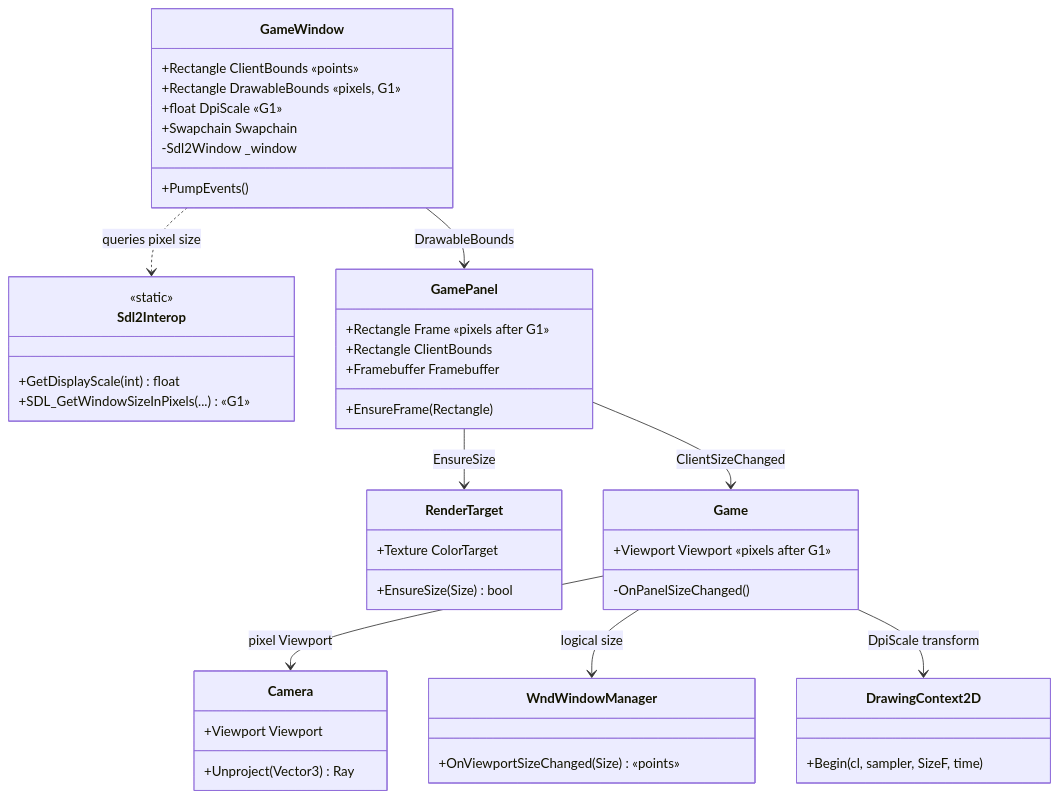
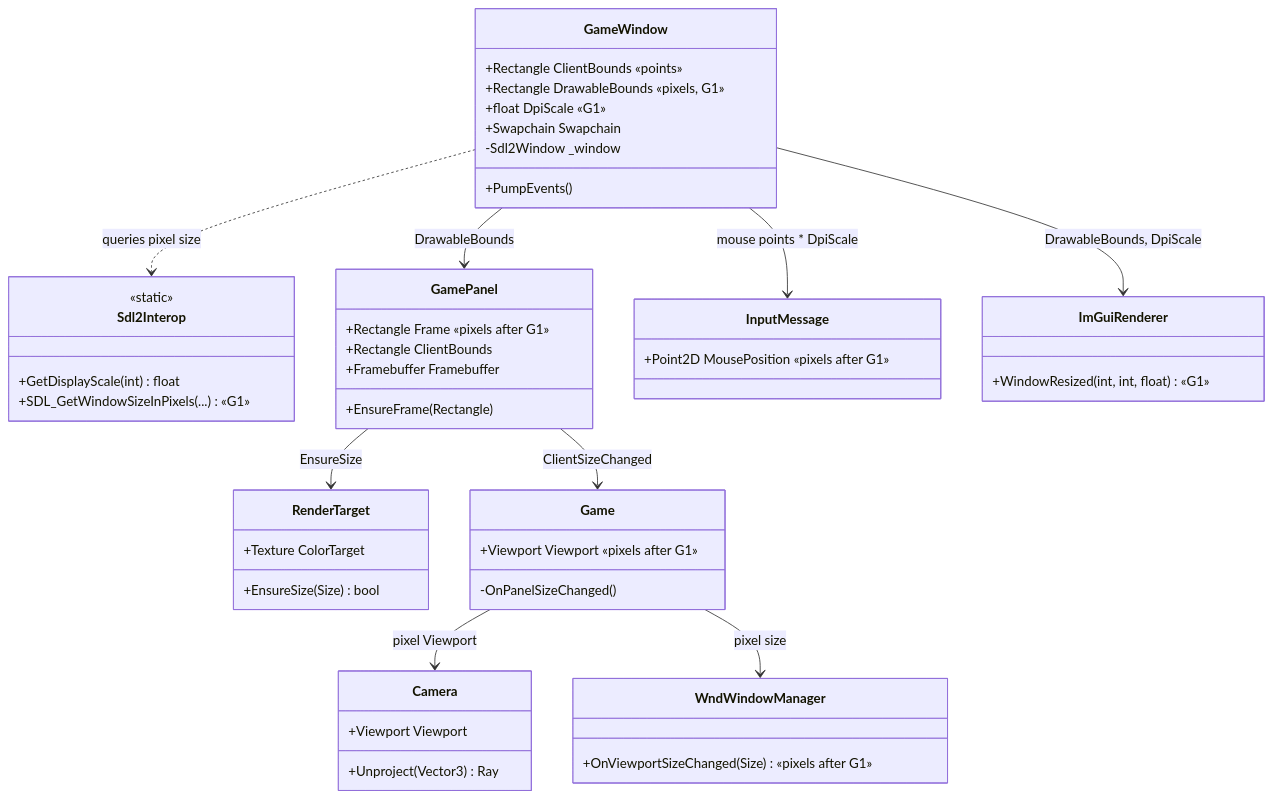
The first of 2 diagrams in docs/roadmap/deep-dives/g1-high-dpi-resolution.md (rmessinger/Panopticon), drawn with Mermaid before and after one commit. The commit also changed other lines of this file and 8 other files, not shown here.

Commit message:
feat(input): WI-G1-04 convert mouse input to pixels at the window boundary

````diff
--- a/docs/roadmap/deep-dives/g1-high-dpi-resolution.md
+++ b/docs/roadmap/deep-dives/g1-high-dpi-resolution.md
@@ -91,55 +100,60 @@
 ```mermaid
 classDiagram
   class GameWindow {
     +Rectangle ClientBounds  «points»
     +Rectangle DrawableBounds «pixels, G1»
     +float DpiScale «G1»
     +Swapchain Swapchain
     -Sdl2Window _window
     +PumpEvents()
   }
 
   class Sdl2Interop {
     <<static>>
     +GetDisplayScale(int) float
     +SDL_GetWindowSizeInPixels(...) «G1»
   }
 
   class GamePanel {
     +Rectangle Frame «pixels after G1»
     +Rectangle ClientBounds
     +Framebuffer Framebuffer
     +EnsureFrame(Rectangle)
   }
 
   class RenderTarget {
     +Texture ColorTarget
     +EnsureSize(Size) bool
   }
 
   class Game {
     +Viewport Viewport «pixels after G1»
     -OnPanelSizeChanged()
   }
 
   class Camera {
     +Viewport Viewport
     +Unproject(Vector3) Ray
   }
 
   class WndWindowManager {
-    +OnViewportSizeChanged(Size) «points»
+    +OnViewportSizeChanged(Size) «pixels after G1»
   }
 
-  class DrawingContext2D {
-    +Begin(cl, sampler, SizeF, time)
+  class InputMessage {
+    +Point2D MousePosition «pixels after G1»
+  }
+
+  class ImGuiRenderer {
+    +WindowResized(int, int, float) «G1»
   }
 
   GameWindow ..> Sdl2Interop : queries pixel size
   GameWindow --> GamePanel : DrawableBounds
   GamePanel --> RenderTarget : EnsureSize
   GamePanel --> Game : ClientSizeChanged
   Game --> Camera : pixel Viewport
-  Game --> WndWindowManager : logical size
-  Game --> DrawingContext2D : DpiScale transform
+  Game --> WndWindowManager : pixel size
+  GameWindow --> InputMessage : mouse points * DpiScale
+  GameWindow --> ImGuiRenderer : DrawableBounds, DpiScale
 ```
````
